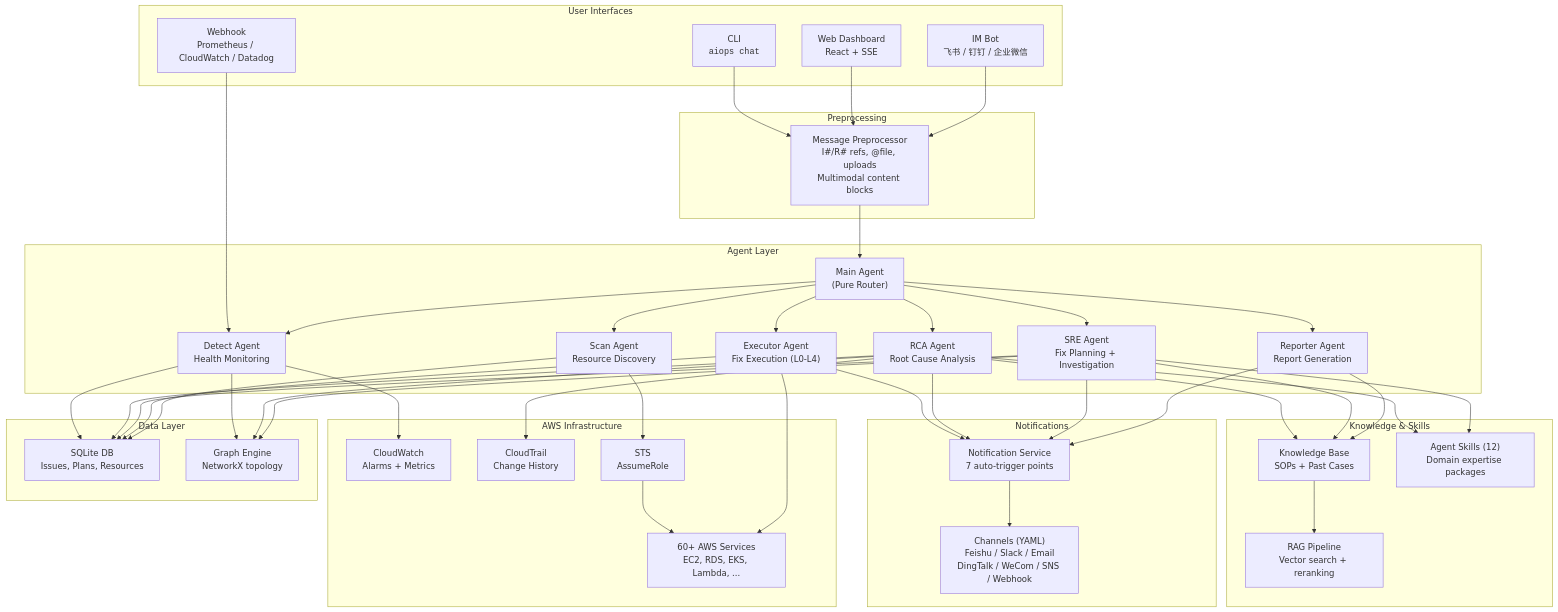
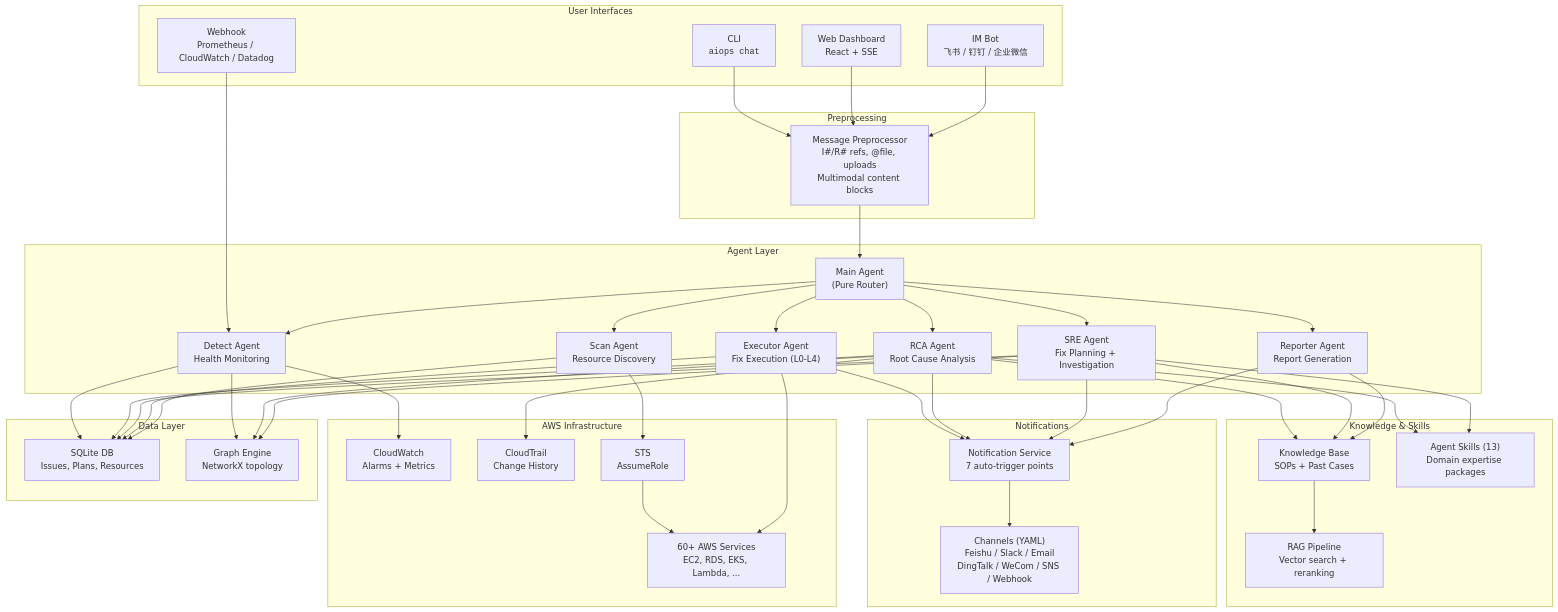
The first of 8 diagrams in docs/WORKFLOW.md (LiboMa/agenticops-chat), drawn with Mermaid before and after one commit. The commit also changed other lines of this file and 12 other files, not shown here.

```diff
--- a/docs/WORKFLOW.md
+++ b/docs/WORKFLOW.md
@@ -56,7 +56,7 @@
 
     subgraph "Knowledge & Skills"
         KB["Knowledge Base<br/>SOPs + Past Cases"]
-        SKILLS["Agent Skills (12)<br/>Domain expertise packages"]
+        SKILLS["Agent Skills (13)<br/>Domain expertise packages"]
         RAG["RAG Pipeline<br/>Vector search + reranking"]
     end
 
```
